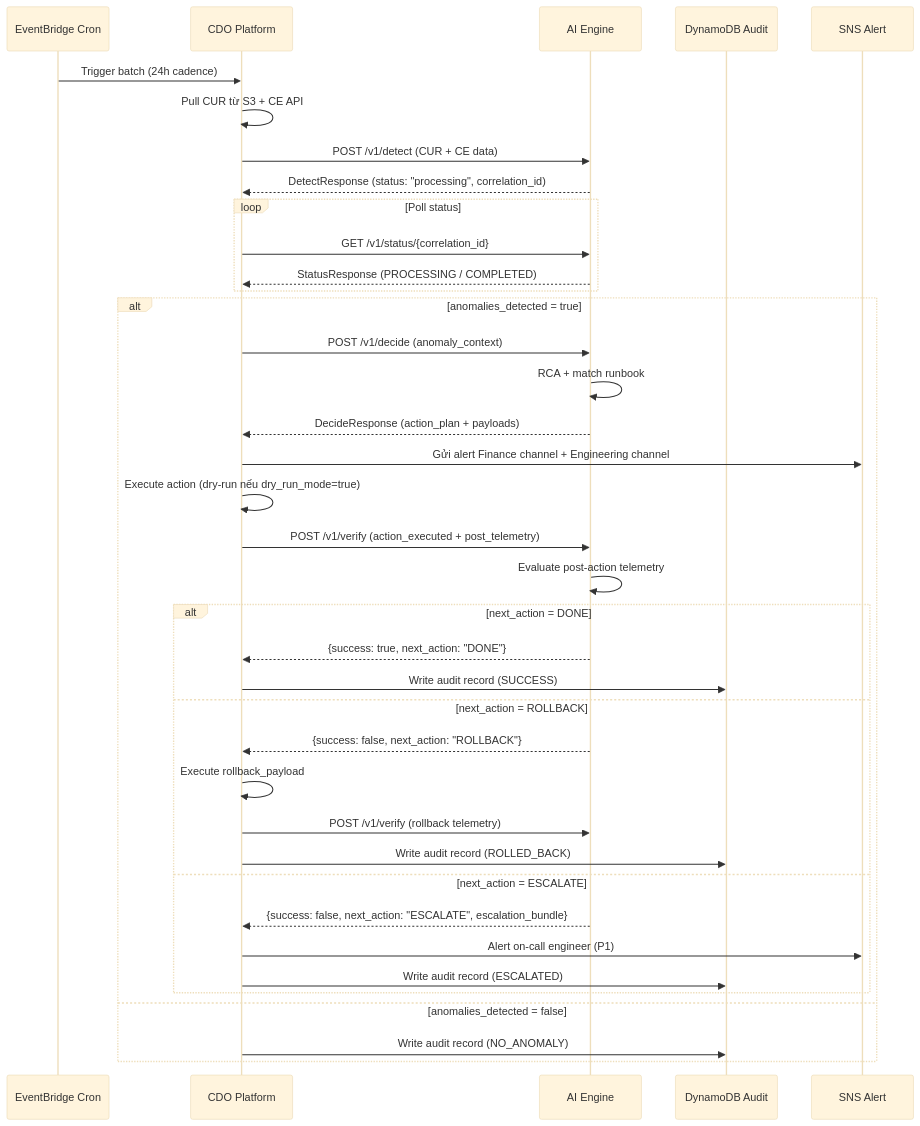
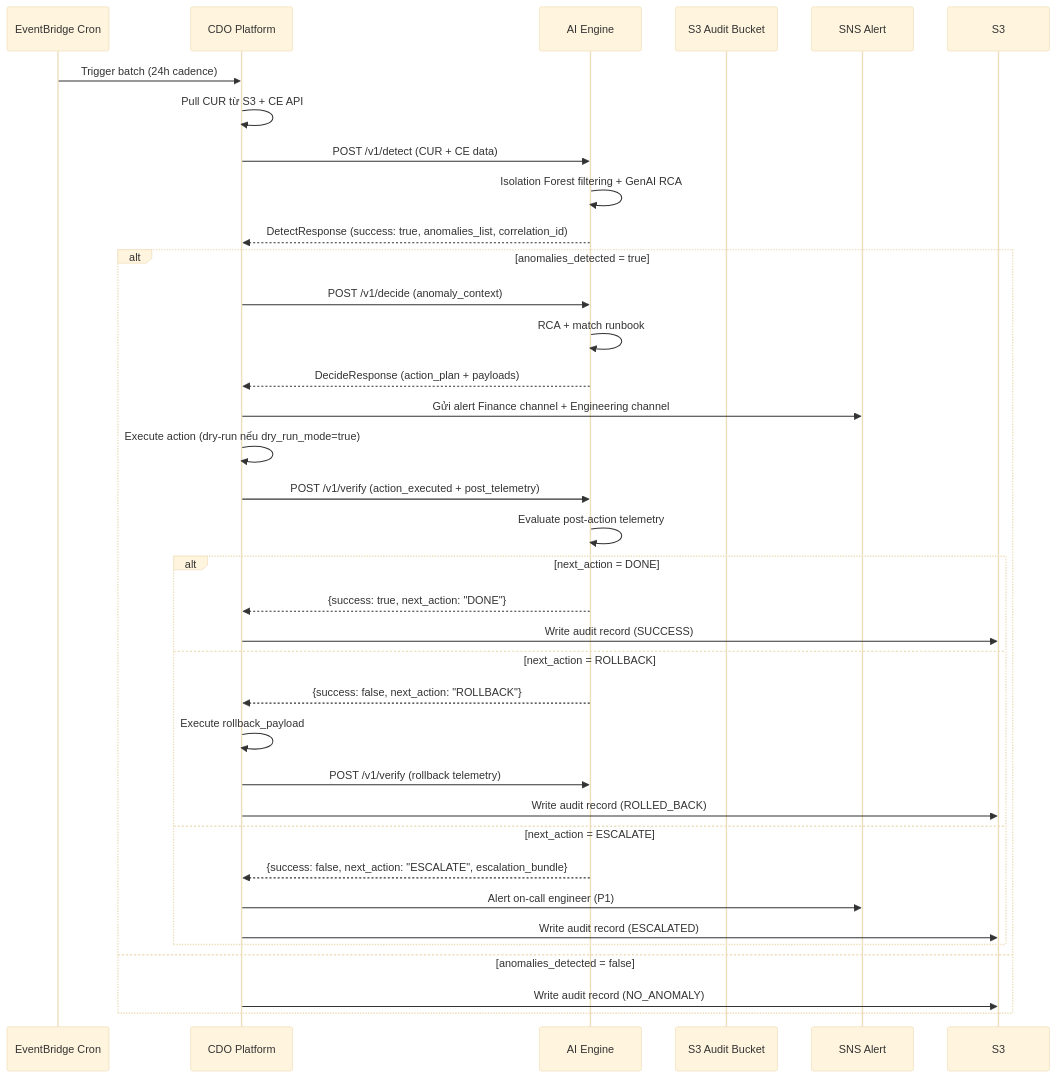
One commit to hungxqt/tf2-finops-docs changed the diagram in docs/contracts/ai-api-contract.md. Above: the diagram before and after it, drawn with Mermaid (base theme). The commit also changed other lines of this file and 21 other files, not shown here.

````diff
--- a/docs/contracts/ai-api-contract.md
+++ b/docs/contracts/ai-api-contract.md
@@ -1200,44 +1173,40 @@
 ```mermaid
 sequenceDiagram
     participant EB as EventBridge Cron
     participant CDO as CDO Platform
     participant AI as AI Engine
-    participant DDB as DynamoDB Audit
+    participant DDB as S3 Audit Bucket
     participant SNS as SNS Alert
 
     EB->>CDO: Trigger batch (24h cadence)
     CDO->>CDO: Pull CUR từ S3 + CE API
     CDO->>AI: POST /v1/detect (CUR + CE data)
-    AI-->>CDO: DetectResponse (status: "processing", correlation_id)
-    
-    loop Poll status
-        CDO->>AI: GET /v1/status/{correlation_id}
-        AI-->>CDO: StatusResponse (PROCESSING / COMPLETED)
-    end
+    AI->>AI: Isolation Forest filtering + GenAI RCA
+    AI-->>CDO: DetectResponse (success: true, anomalies_list, correlation_id)
 
     alt anomalies_detected = true
         CDO->>AI: POST /v1/decide (anomaly_context)
         AI->>AI: RCA + match runbook
         AI-->>CDO: DecideResponse (action_plan + payloads)
         CDO->>SNS: Gửi alert Finance channel + Engineering channel
         CDO->>CDO: Execute action (dry-run nếu dry_run_mode=true)
         CDO->>AI: POST /v1/verify (action_executed + post_telemetry)
         AI->>AI: Evaluate post-action telemetry
 
         alt next_action = DONE
             AI-->>CDO: {success: true, next_action: "DONE"}
-            CDO->>DDB: Write audit record (SUCCESS)
+            CDO->>S3: Write audit record (SUCCESS)
         else next_action = ROLLBACK
             AI-->>CDO: {success: false, next_action: "ROLLBACK"}
             CDO->>CDO: Execute rollback_payload
             CDO->>AI: POST /v1/verify (rollback telemetry)
-            CDO->>DDB: Write audit record (ROLLED_BACK)
+            CDO->>S3: Write audit record (ROLLED_BACK)
         else next_action = ESCALATE
             AI-->>CDO: {success: false, next_action: "ESCALATE", escalation_bundle}
             CDO->>SNS: Alert on-call engineer (P1)
-            CDO->>DDB: Write audit record (ESCALATED)
+            CDO->>S3: Write audit record (ESCALATED)
         end
     else anomalies_detected = false
-        CDO->>DDB: Write audit record (NO_ANOMALY)
+        CDO->>S3: Write audit record (NO_ANOMALY)
     end
 ```
````
